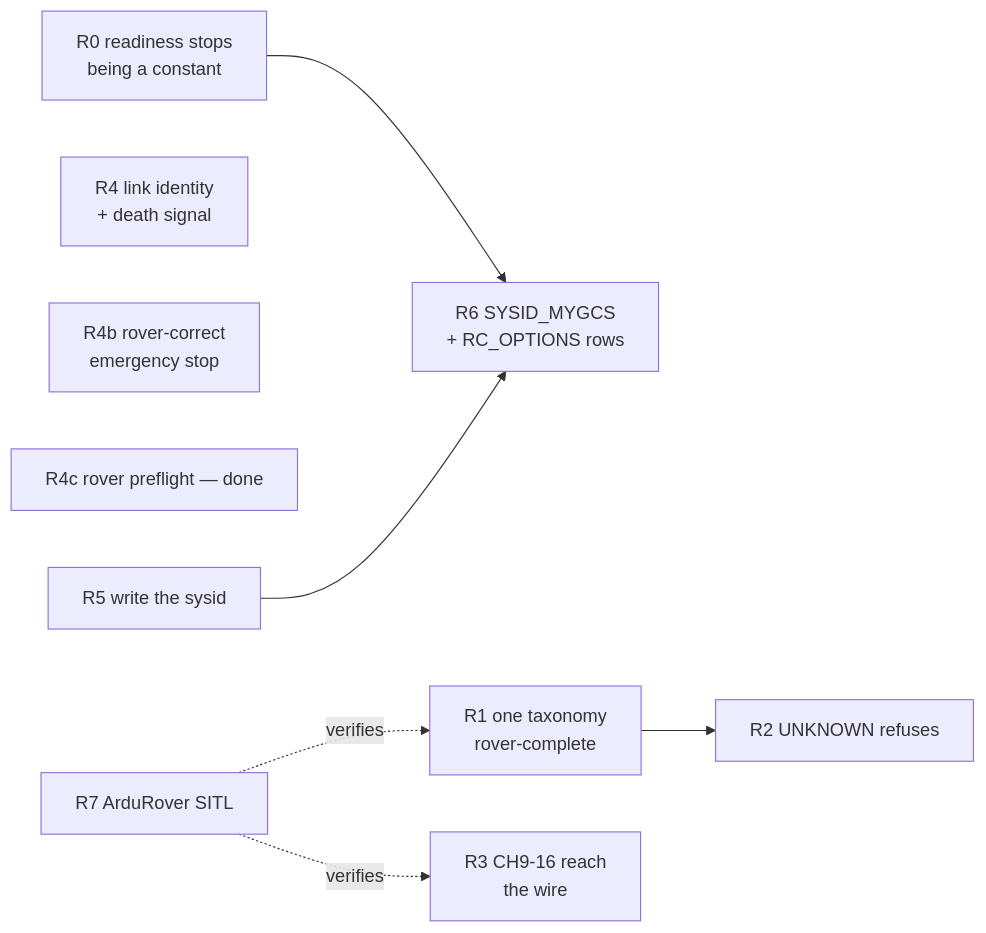
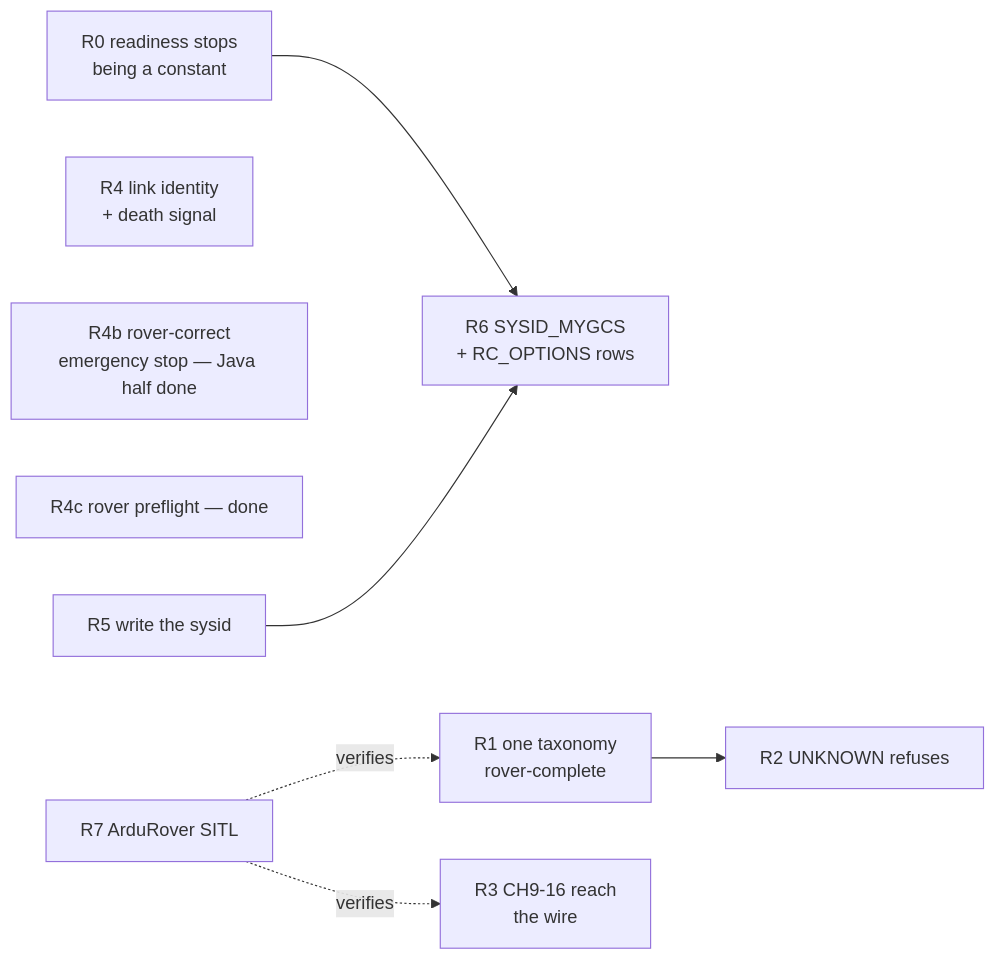
One commit to VladTetyorko/computer.vision changed the second of 2 diagrams in docs/plans/active/FLEET-RADIO-PLAN.md. Above: the diagram before and after it, drawn with Mermaid. The commit also changed other lines of this file and 5 other files, not shown here.

First line of the commit message:
fix(mavlink): rover emergency stop switches to Hold, not forced disarm

````diff
--- a/docs/plans/active/FLEET-RADIO-PLAN.md
+++ b/docs/plans/active/FLEET-RADIO-PLAN.md
@@ -480,12 +548,12 @@
 ```mermaid
 flowchart LR
   R0["R0 readiness stops<br/>being a constant"] --> R6["R6 SYSID_MYGCS<br/>+ RC_OPTIONS rows"]
   R1["R1 one taxonomy<br/>rover-complete"] --> R2["R2 UNKNOWN refuses"]
   R3["R3 CH9-16 reach<br/>the wire"]
   R4["R4 link identity<br/>+ death signal"]
-  R4b["R4b rover-correct<br/>emergency stop"]
+  R4b["R4b rover-correct<br/>emergency stop — Java half done"]
   R4c["R4c rover preflight — done"]
   R5["R5 write the sysid"] --> R6
   R7["R7 ArduRover SITL"] -.verifies.-> R1
   R7 -.verifies.-> R3
 ```
````
